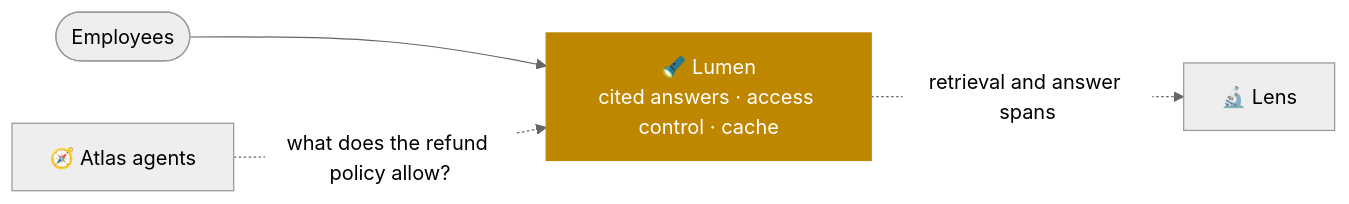
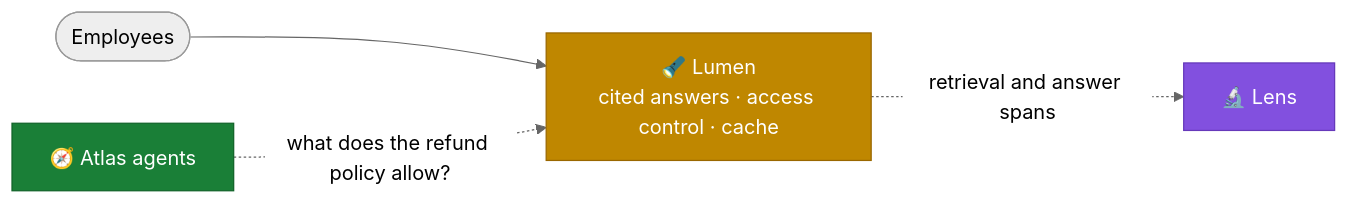
One commit to kumarlakshya24/enterprise-ai-platform changed the second of 2 diagrams in rag-knowledge-assistant/README.md. Above: the diagram before and after it, drawn with Mermaid (neutral theme). The commit also changed 9 other files, not shown here.

First line of the commit message:
docs: one colour per project across every architecture diagram (#11)

````diff
--- a/rag-knowledge-assistant/README.md
+++ b/rag-knowledge-assistant/README.md
@@ -229,7 +229,15 @@
 ```mermaid
 flowchart LR
   U([Employees]) --> LUM[🔦 Lumen<br/>cited answers · access control · cache]
   ATL[🧭 Atlas agents] -. "what does the refund policy allow?" .-> LUM
   LUM -. "retrieval and answer spans" .-> LENS[🔬 Lens]
-  style LUM fill:#bf8700,color:#fff,stroke:#bf8700
+  classDef aegis fill:#cf222e,stroke:#a40e26,color:#fff
+  classDef switchboard fill:#0969da,stroke:#0550ae,color:#fff
+  classDef lumen fill:#bf8700,stroke:#9a6700,color:#fff
+  classDef atlas fill:#1a7f37,stroke:#116329,color:#fff
+  classDef forge fill:#bc4c00,stroke:#953800,color:#fff
+  classDef lens fill:#8250df,stroke:#6639ba,color:#fff
+  class LUM lumen
+  class ATL atlas
+  class LENS lens
 ```
````
